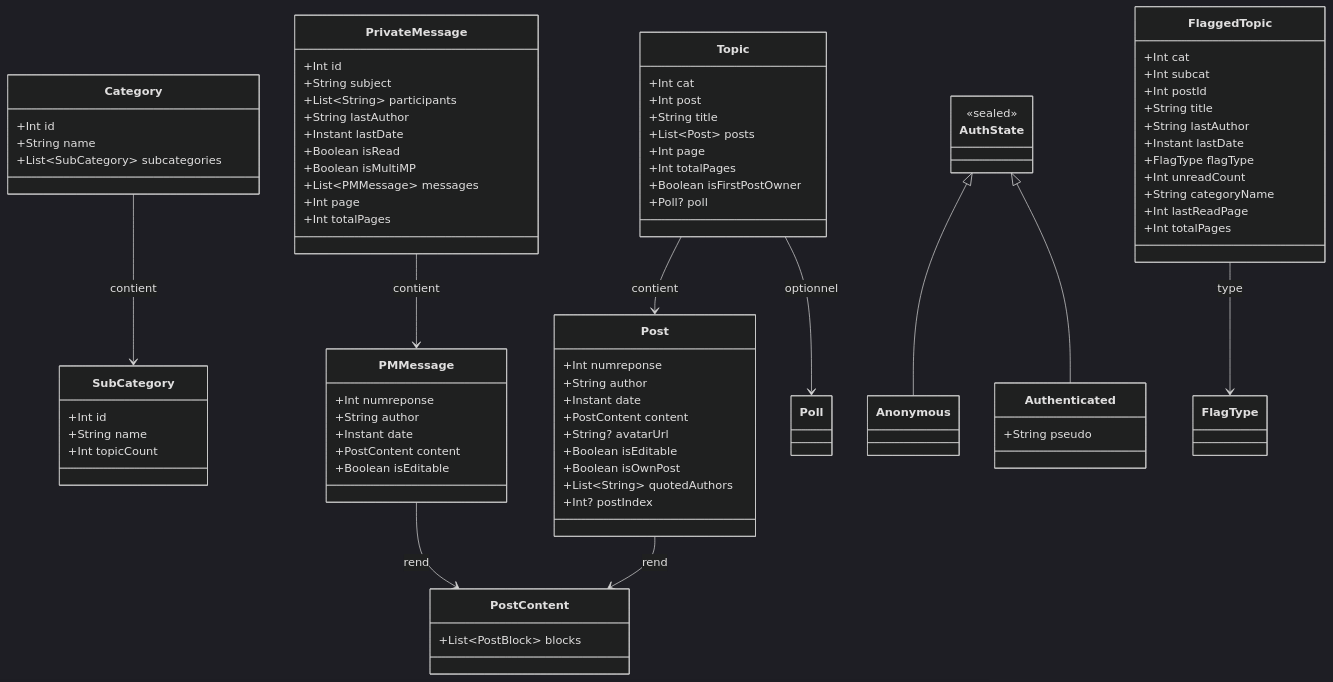
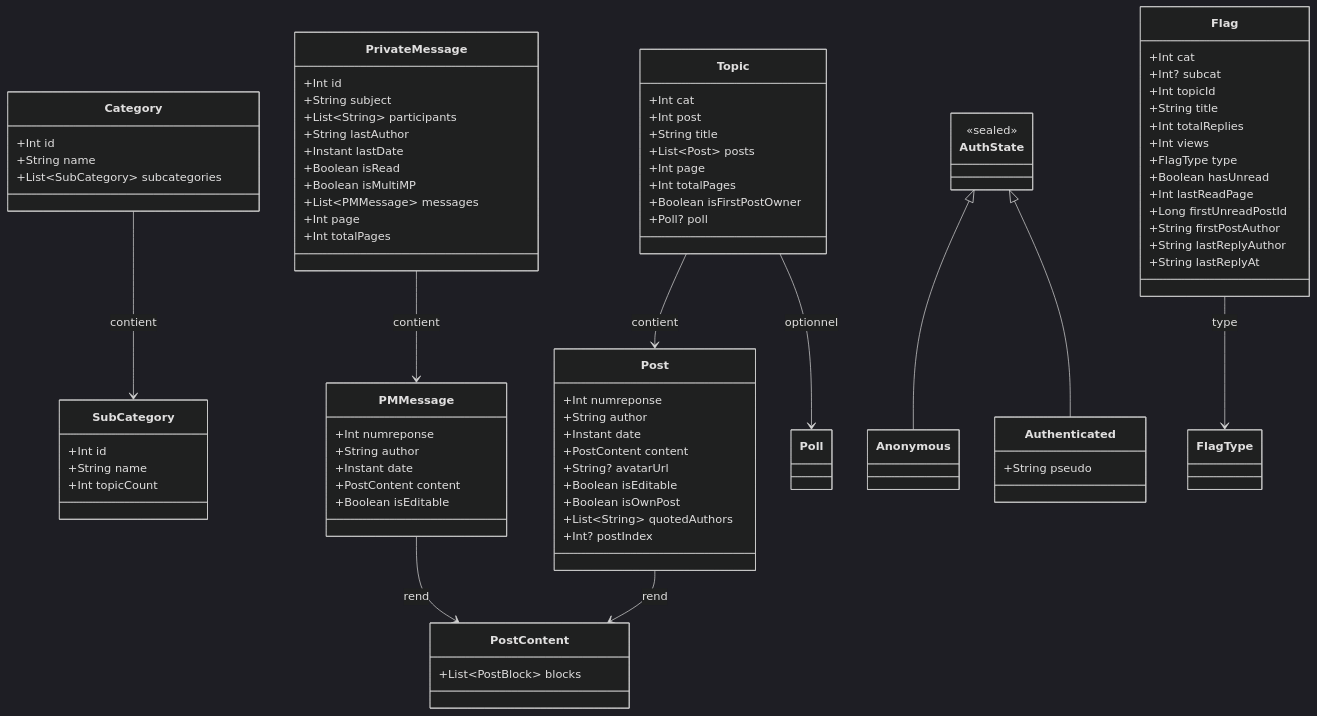
The diagram in docs/specs/models.md (ForumHFR/redface2), drawn with Mermaid (dark theme) before and after one commit. The commit also changed other lines of this file and 26 other files, not shown here.

````diff
--- a/docs/specs/models.md
+++ b/docs/specs/models.md
@@ -31,17 +31,19 @@
 ```mermaid
 classDiagram
-    class FlaggedTopic {
+    class Flag {
         +Int cat
-        +Int subcat
-        +Int postId
+        +Int? subcat
+        +Int topicId
         +String title
-        +String lastAuthor
-        +Instant lastDate
-        +FlagType flagType
-        +Int unreadCount
-        +String categoryName
+        +Int totalReplies
+        +Int views
+        +FlagType type
+        +Boolean hasUnread
         +Int lastReadPage
-        +Int totalPages
+        +Long firstUnreadPostId
+        +String firstPostAuthor
+        +String lastReplyAuthor
+        +String lastReplyAt
     }
 
     class Topic {
@@ -120,7 +122,7 @@
     PMMessage --> PostContent : rend
     Topic --> Poll : optionnel
     Category --> SubCategory : contient
-    FlaggedTopic --> FlagType : type
+    Flag --> FlagType : type
     AuthState <|-- Anonymous
     AuthState <|-- Authenticated
 ```
````
